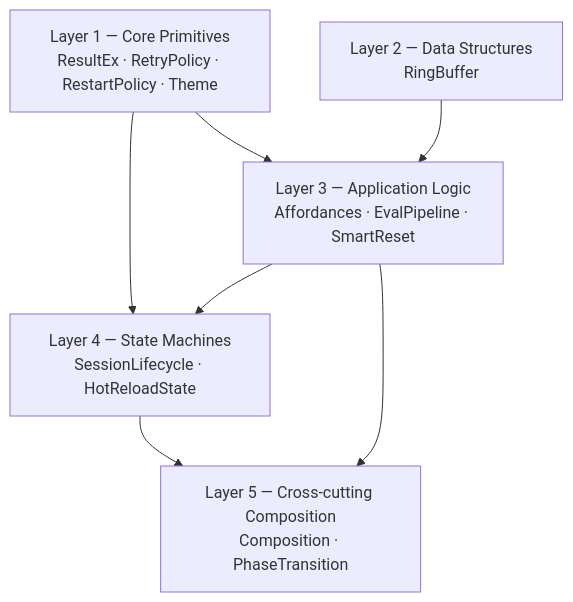
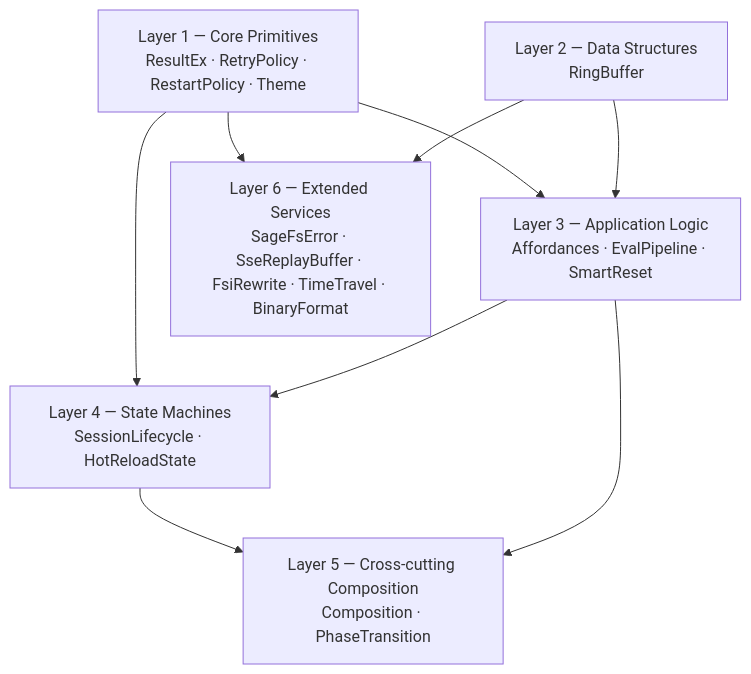
The first of 9 diagrams in formal-verification/REPORT.md (WillEhrendreich/SageFs), drawn with Mermaid before and after one commit. The commit also changed other lines of this file and 2 other files, not shown here.

````diff
--- a/formal-verification/REPORT.md
+++ b/formal-verification/REPORT.md
@@ -36,14 +36,17 @@
 ```mermaid
 graph TD
   A["Layer 1 — Core Primitives<br/>ResultEx · RetryPolicy · RestartPolicy · Theme"]
   B["Layer 2 — Data Structures<br/>RingBuffer"]
   C["Layer 3 — Application Logic<br/>Affordances · EvalPipeline · SmartReset"]
   D["Layer 4 — State Machines<br/>SessionLifecycle · HotReloadState"]
   E["Layer 5 — Cross-cutting Composition<br/>Composition · PhaseTransition"]
+  F["Layer 6 — Extended Services<br/>SageFsError · SseReplayBuffer · FsiRewrite · TimeTravel · BinaryFormat"]
   A --> C
   B --> C
   A --> D
   C --> D
   D --> E
   C --> E
+  A --> F
+  B --> F
 ```
````
